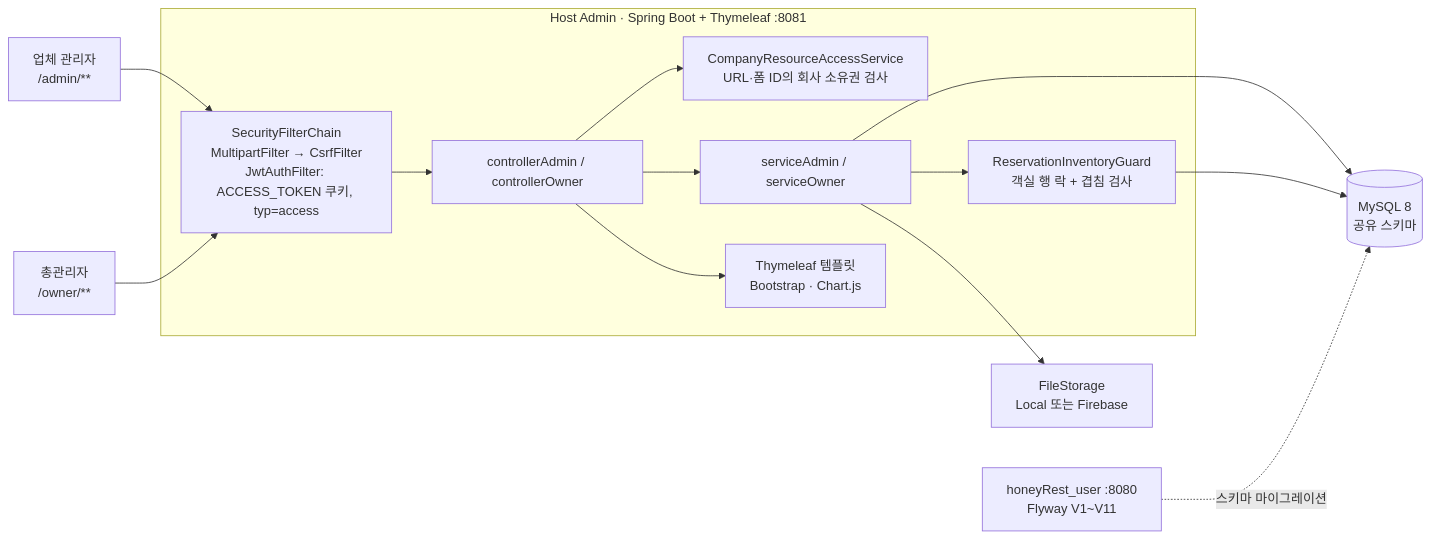
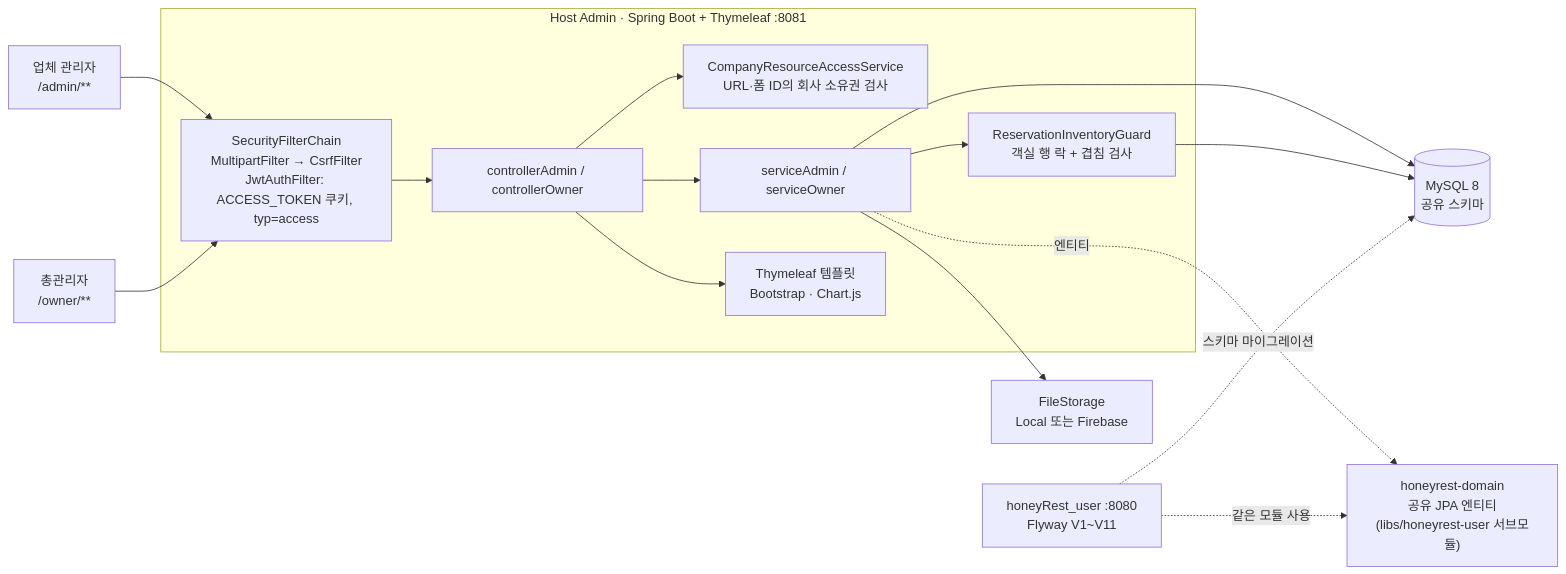
Before and after one commit to Seongwonp/honeyRest_host: the diagram in README.md, drawn with Mermaid. The commit also changed other lines of this file and 126 other files, not shown here.

````diff
--- a/README.md
+++ b/README.md
@@ -65,26 +65,29 @@
 ```mermaid
 flowchart LR
     CA["업체 관리자<br/>/admin/**"]
     SA["총관리자<br/>/owner/**"]
 
     subgraph HOST["Host Admin · Spring Boot + Thymeleaf :8081"]
         SEC["SecurityFilterChain<br/>MultipartFilter → CsrfFilter<br/>JwtAuthFilter: ACCESS_TOKEN 쿠키, typ=access"]
         CTRL["controllerAdmin / controllerOwner"]
         ACC["CompanyResourceAccessService<br/>URL·폼 ID의 회사 소유권 검사"]
         SVC["serviceAdmin / serviceOwner"]
         GUARD["ReservationInventoryGuard<br/>객실 행 락 + 겹침 검사"]
         VIEW["Thymeleaf 템플릿<br/>Bootstrap · Chart.js"]
         SEC --> CTRL
         CTRL --> ACC
         CTRL --> SVC
         SVC --> GUARD
         CTRL --> VIEW
     end
 
     CA --> SEC
     SA --> SEC
     SVC --> DB[("MySQL 8<br/>공유 스키마")]
     GUARD --> DB
     SVC --> FS["FileStorage<br/>Local 또는 Firebase"]
     USER["honeyRest_user :8080<br/>Flyway V1~V11"] -. "스키마 마이그레이션" .-> DB
+    DOM["honeyrest-domain<br/>공유 JPA 엔티티<br/>(libs/honeyrest-user 서브모듈)"]
+    SVC -. "엔티티" .-> DOM
+    USER -. "같은 모듈 사용" .-> DOM
 ```
````
